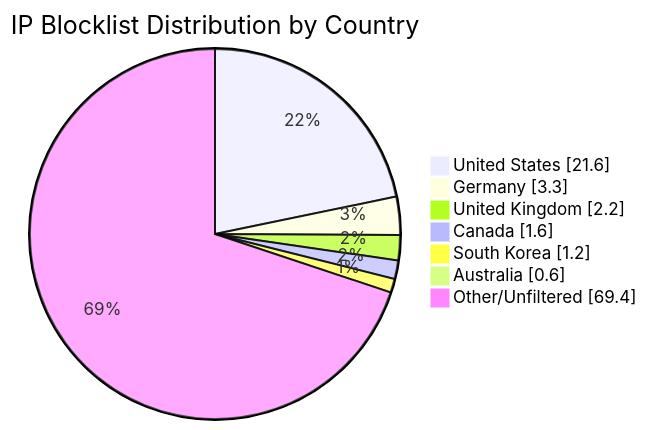
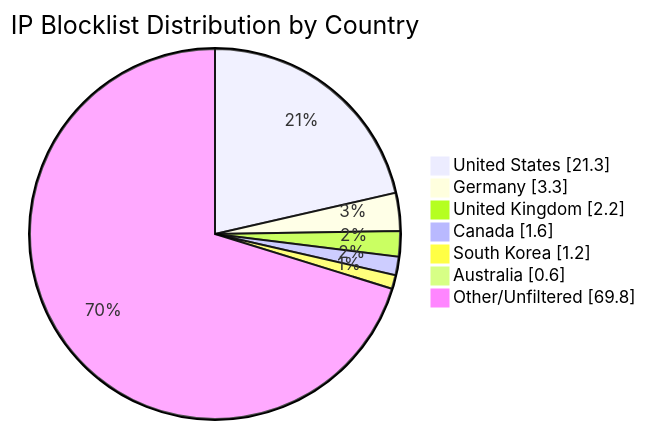
One commit to MarcusHoltz/ipblocklist-geofiltered-aggregator changed the diagram in README.md. Above: the diagram before and after it, drawn with Mermaid. The commit also changed other lines of this file and 9 other files, not shown here.

````diff
--- a/README.md
+++ b/README.md
@@ -34,10 +34,10 @@
 ```mermaid
 pie showData title IP Blocklist Distribution by Country
-"United States" : 21.6
+"United States" : 21.3
 "Germany" : 3.3
 "United Kingdom" : 2.2
 "Canada" : 1.6
 "South Korea" : 1.2
 "Australia" : 0.6
-"Other/Unfiltered" : 69.4
+"Other/Unfiltered" : 69.8
 ```
````
